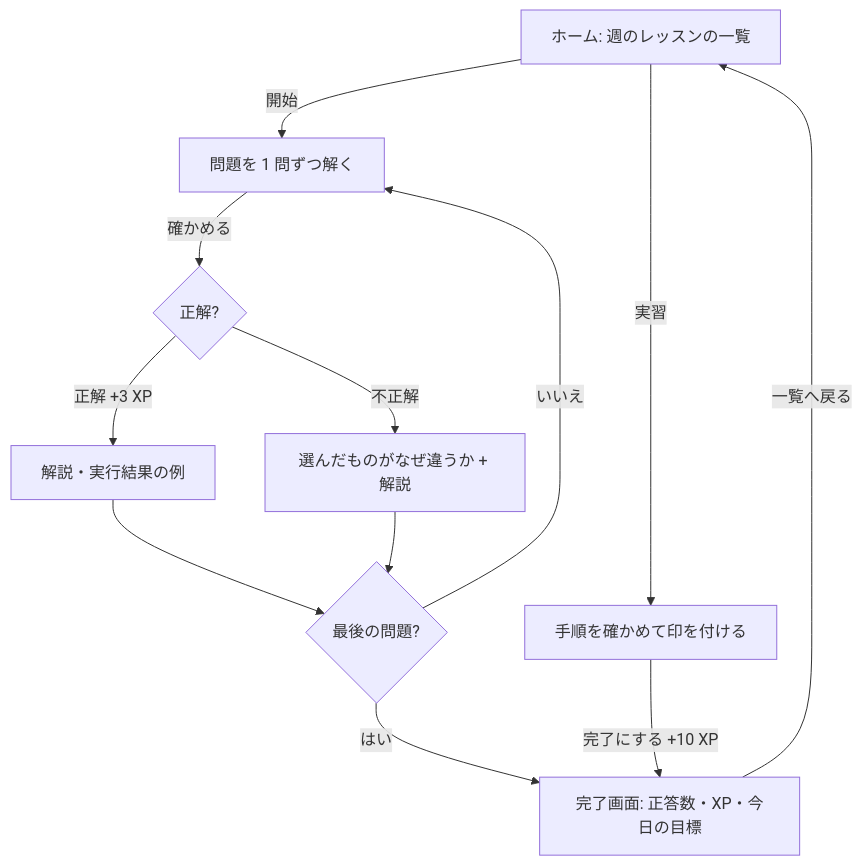
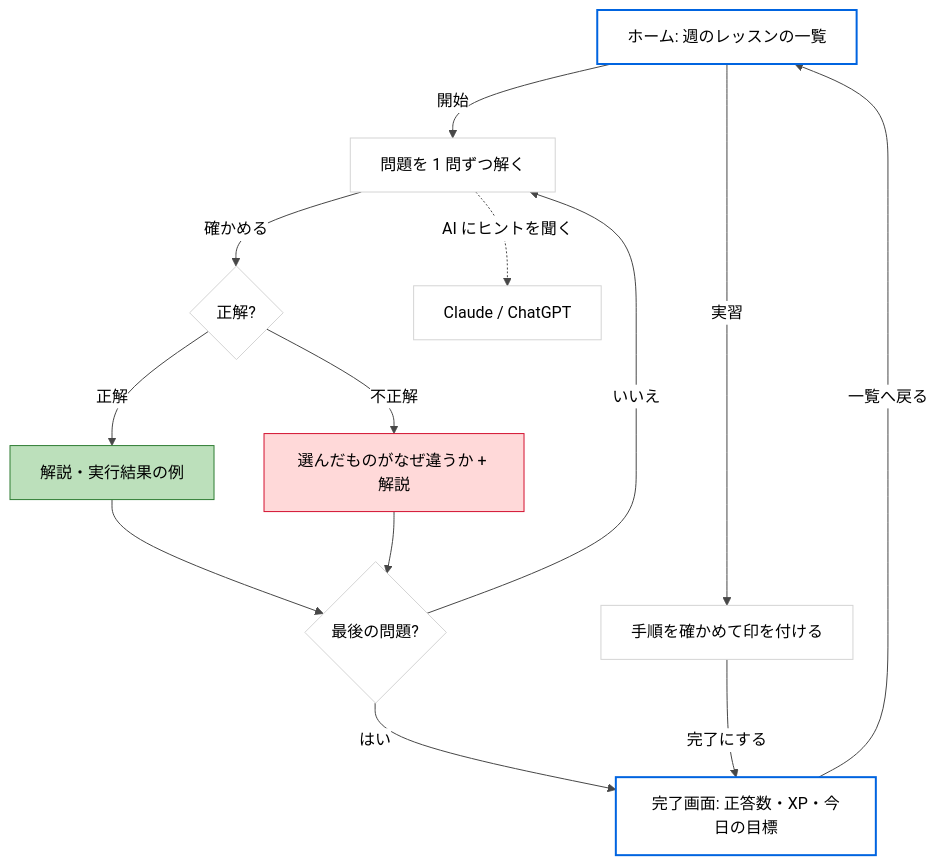
The second of 2 diagrams in README.md (maco165/kcna-dojo), drawn with Mermaid before and after one commit. The commit also changed other lines of this file and 8 other files, not shown here.

````diff
--- a/README.md
+++ b/README.md
@@ -34,13 +61,21 @@
 ```mermaid
+%%{init: {'theme': 'base', 'themeVariables': {'fontFamily': 'Figtree, -apple-system, Segoe UI, sans-serif', 'primaryColor': '#ffffff', 'primaryTextColor': '#000000', 'primaryBorderColor': '#d4d4d4', 'lineColor': '#474747', 'tertiaryColor': '#f1f1f1'}}}%%
 flowchart TD
   home[ホーム: 週のレッスンの一覧] -->|開始| q[問題を 1 問ずつ解く]
   q -->|確かめる| fb{正解?}
-  fb -->|正解 +3 XP| ok[解説・実行結果の例]
+  fb -->|正解| ok[解説・実行結果の例]
   fb -->|不正解| ng[選んだものがなぜ違うか + 解説]
   ok --> next{最後の問題?}
   ng --> next
   next -->|いいえ| q
   next -->|はい| done[完了画面: 正答数・XP・今日の目標]
   done -->|一覧へ戻る| home
-  home -->|実習| lab[手順を確かめて印を付ける] -->|完了にする +10 XP| done
+  home -->|実習| lab[手順を確かめて印を付ける] -->|完了にする| done
+  q -.->|AI にヒントを聞く| ai[Claude / ChatGPT]
+  classDef success fill:#bce0bb,stroke:#2f7d33,color:#000000;
+  classDef error fill:#ffd9d9,stroke:#d31130,color:#000000;
+  classDef accent stroke:#0064E0,stroke-width:2px;
+  class ok success;
+  class ng error;
+  class home,done accent;
 ```
````
